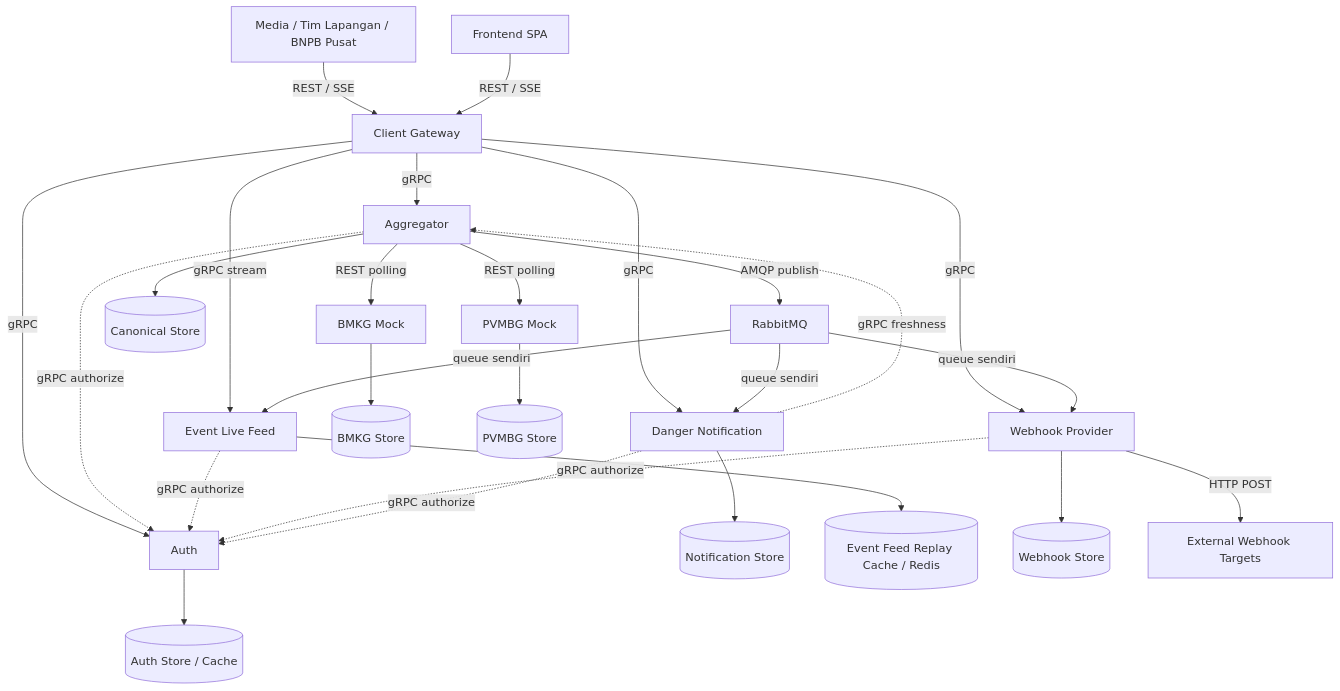
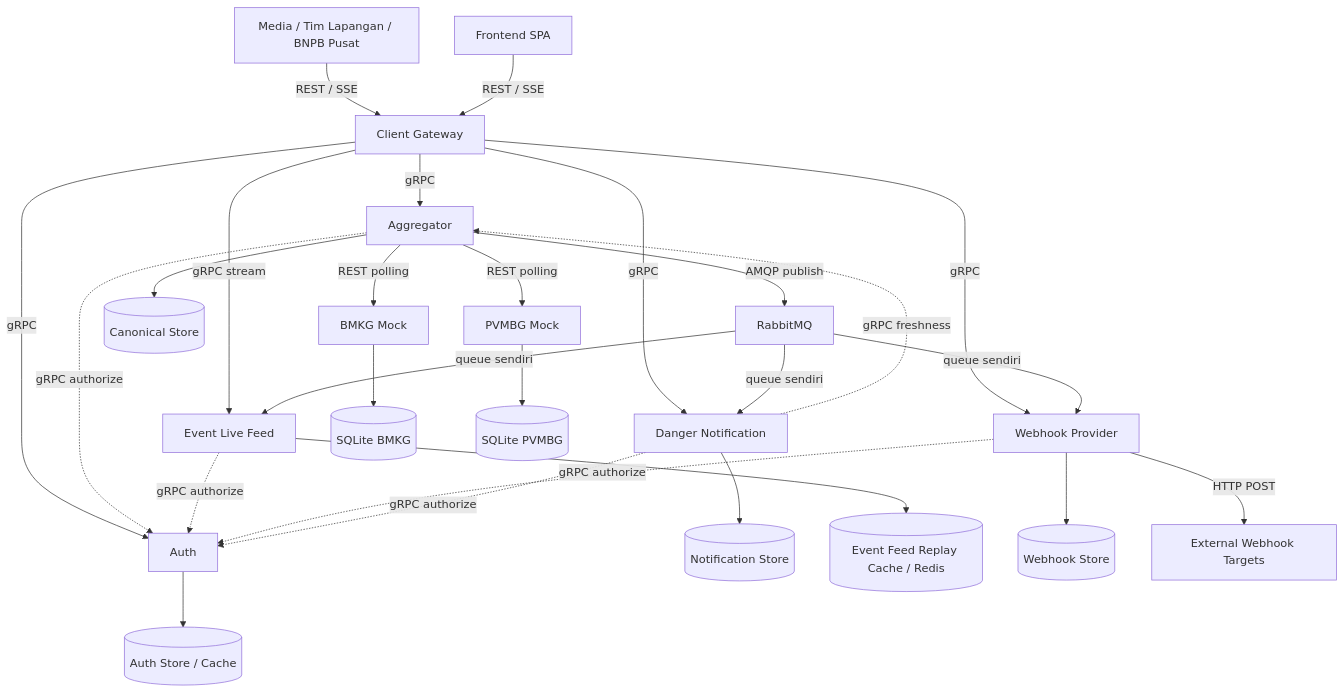
One commit to Azzkaaaa/Tugas-Besar-AAT-M1 changed the diagram in docs/architecture.md. Above: the diagram before and after it, drawn with Mermaid. The commit also changed other lines of this file and 6 other files, not shown here.

````diff
--- a/docs/architecture.md
+++ b/docs/architecture.md
@@ -8,29 +10,29 @@
 ```mermaid
 flowchart TB
   clients[Media / Tim Lapangan / BNPB Pusat] -->|REST / SSE| gateway
   spa[Frontend SPA] -->|REST / SSE| gateway[Client Gateway]
   gateway -->|gRPC| aggregator[Aggregator]
   gateway -->|gRPC| auth[Auth]
   gateway -->|gRPC stream| eventfeed[Event Live Feed]
   gateway -->|gRPC| webhook[Webhook Provider]
   gateway -->|gRPC| notification[Danger Notification]
   aggregator -->|REST polling| bmkg[BMKG Mock]
   aggregator -->|REST polling| pvmbg[PVMBG Mock]
   aggregator --> canonical[(Canonical Store)]
-  bmkg --> bmkgdb[(BMKG Store)]
-  pvmbg --> pvmbgdb[(PVMBG Store)]
+  bmkg --> bmkgdb[(SQLite BMKG)]
+  pvmbg --> pvmbgdb[(SQLite PVMBG)]
   auth --> authdb[(Auth Store / Cache)]
   notification --> notificationdb[(Notification Store)]
   eventfeed --> eventfeedcache[(Event Feed Replay Cache / Redis)]
   webhook --> webhookdb[(Webhook Store)]
   webhook -->|HTTP POST| externalwebhooks[External Webhook Targets]
   aggregator -->|AMQP publish| broker[RabbitMQ]
   broker -->|queue sendiri| eventfeed
   broker -->|queue sendiri| webhook
   broker -->|queue sendiri| notification
   aggregator -.->|gRPC authorize| auth
   eventfeed -.->|gRPC authorize| auth
   webhook -.->|gRPC authorize| auth
   notification -.->|gRPC authorize| auth
   notification -.->|gRPC freshness| aggregator
 ```
````
